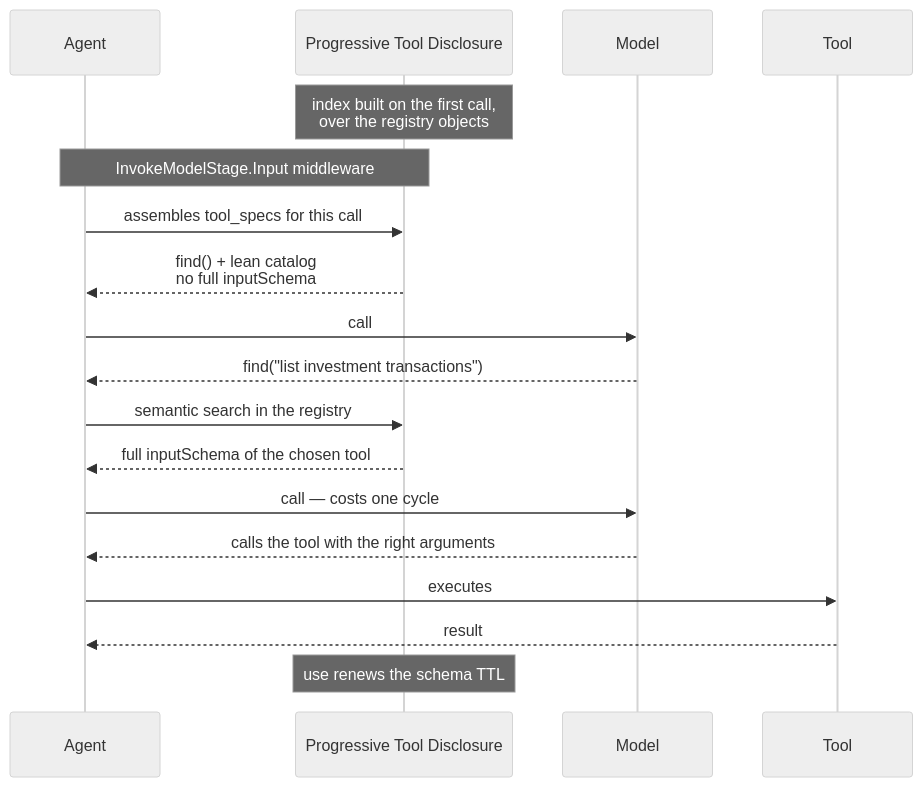
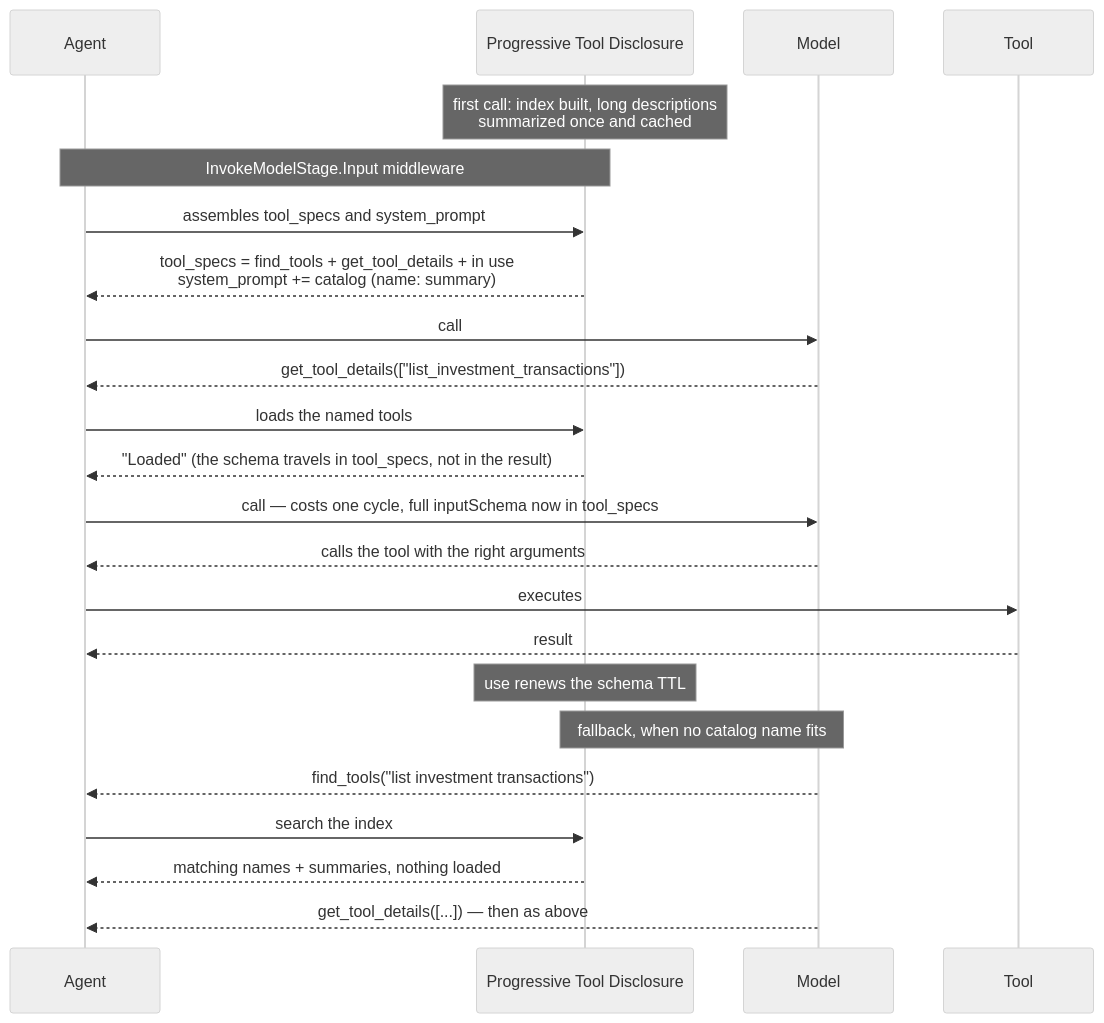
One commit to aws-samples/sample-context-engineering changed the diagram in docs/design/design-b-progressive-tool-disclosure.md. Above: the diagram before and after it, drawn with Mermaid (neutral theme). The commit also changed other lines of this file and 5 other files, not shown here.

First line of the commit message:
docs(disclosure): describe the system-prompt catalog and get_tool_details

````diff
--- a/docs/design/design-b-progressive-tool-disclosure.md
+++ b/docs/design/design-b-progressive-tool-disclosure.md
@@ -104,25 +121,30 @@
 ```mermaid
 sequenceDiagram
     participant AG as Agent
     participant B as Progressive Tool Disclosure
     participant M as Model
     participant T as Tool
 
-    Note over B: index built on the first call,<br/>over the registry objects
+    Note over B: first call: index built, long descriptions<br/>summarized once and cached
 
     Note over AG,B: InvokeModelStage.Input middleware
-    AG->>B: assembles tool_specs for this call
-    B-->>AG: find() + lean catalog<br/>no full inputSchema
+    AG->>B: assembles tool_specs and system_prompt
+    B-->>AG: tool_specs = find_tools + get_tool_details + in use<br/>system_prompt += catalog (name: summary)
 
     AG->>M: call
-    M-->>AG: find("list investment transactions")
-
-    AG->>B: semantic search in the registry
-    B-->>AG: full inputSchema of the chosen tool
-    AG->>M: call — costs one cycle
+    M-->>AG: get_tool_details(["list_investment_transactions"])
+    AG->>B: loads the named tools
+    B-->>AG: "Loaded" (the schema travels in tool_specs, not in the result)
+    AG->>M: call — costs one cycle, full inputSchema now in tool_specs
 
     M-->>AG: calls the tool with the right arguments
     AG->>T: executes
     T-->>AG: result
     Note over B: use renews the schema TTL
+
+    Note over M,B: fallback, when no catalog name fits
+    M-->>AG: find_tools("list investment transactions")
+    AG->>B: search the index
+    B-->>AG: matching names + summaries, nothing loaded
+    M-->>AG: get_tool_details([...]) — then as above
 ```
````
